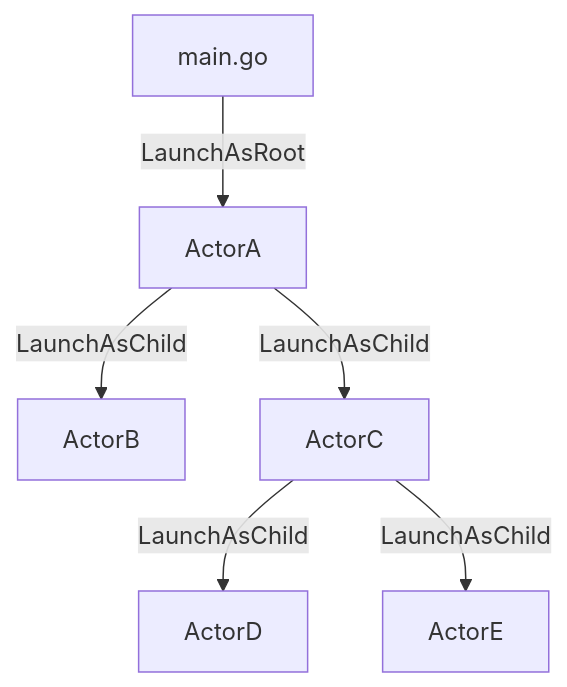
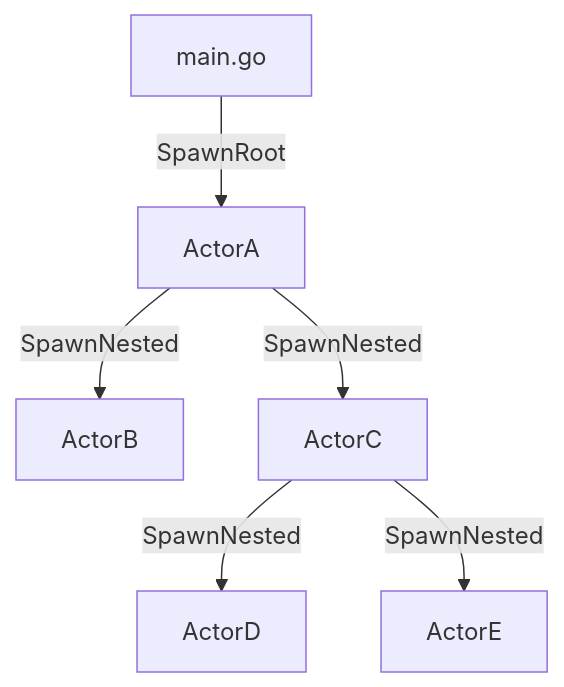
The diagram in README.md (Pippadi/goactor), drawn with Mermaid before and after one commit. The commit also changed other lines of this file and 3 other files, not shown here.

````diff
--- a/README.md
+++ b/README.md
@@ -30,8 +30,8 @@
 ```mermaid
 graph TD
-    main[main.go] --> |LaunchAsRoot| actorA[ActorA]
-    actorA --> |LaunchAsChild| actorB[ActorB]
-    actorA --> |LaunchAsChild| actorC[ActorC]
-    actorC --> |LaunchAsChild| actorD[ActorD]
-    actorC --> |LaunchAsChild| actorE[ActorE]
+    main[main.go] --> |SpawnRoot| actorA[ActorA]
+    actorA --> |SpawnNested| actorB[ActorB]
+    actorA --> |SpawnNested| actorC[ActorC]
+    actorC --> |SpawnNested| actorD[ActorD]
+    actorC --> |SpawnNested| actorE[ActorE]
 ```
````
